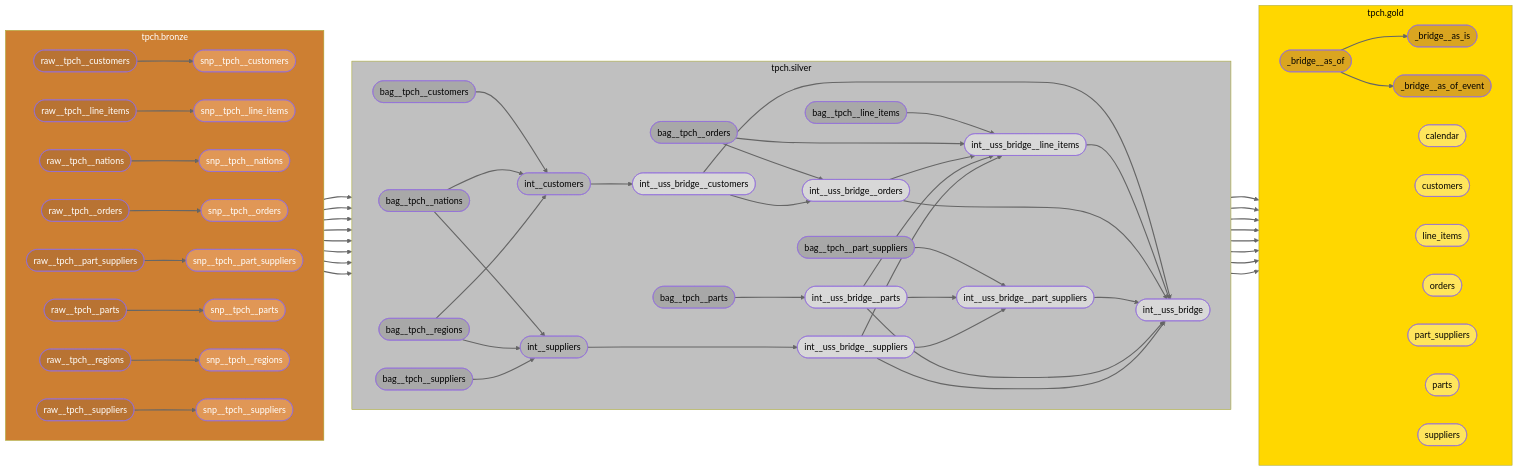
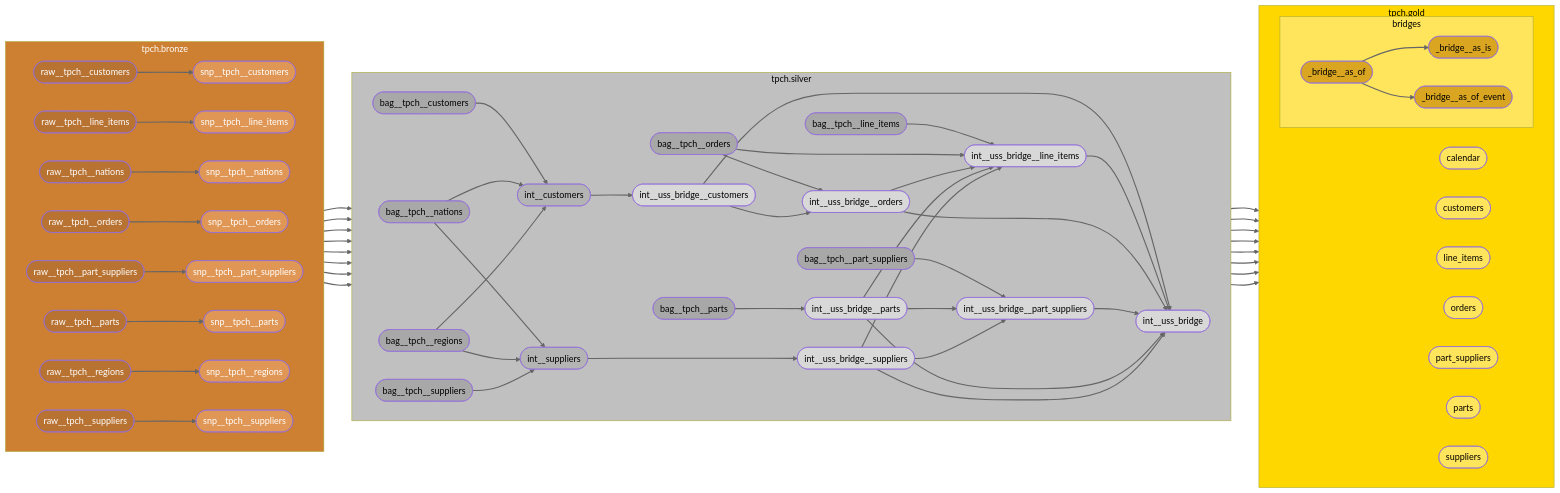
One commit to mattiasthalen/tpch changed the diagram in dag.mmd. Above: the diagram before and after it, drawn with Mermaid. The commit also changed 1 other file, not shown here.

Commit message:
Group gold bridges into subgraph

```diff
--- a/dag.mmd
+++ b/dag.mmd
@@ -1,193 +1,198 @@
 flowchart LR
     subgraph tpch.bronze["tpch.bronze"]
         direction LR
         raw__tpch__customers(["raw__tpch__customers"])
         raw__tpch__line_items(["raw__tpch__line_items"])
         raw__tpch__nations(["raw__tpch__nations"])
         raw__tpch__orders(["raw__tpch__orders"])
         raw__tpch__part_suppliers(["raw__tpch__part_suppliers"])
         raw__tpch__parts(["raw__tpch__parts"])
         raw__tpch__regions(["raw__tpch__regions"])
         raw__tpch__suppliers(["raw__tpch__suppliers"])
         snp__tpch__customers(["snp__tpch__customers"])
         snp__tpch__line_items(["snp__tpch__line_items"])
         snp__tpch__nations(["snp__tpch__nations"])
         snp__tpch__orders(["snp__tpch__orders"])
         snp__tpch__part_suppliers(["snp__tpch__part_suppliers"])
         snp__tpch__parts(["snp__tpch__parts"])
         snp__tpch__regions(["snp__tpch__regions"])
         snp__tpch__suppliers(["snp__tpch__suppliers"])
     end
 
     subgraph tpch.silver["tpch.silver"]
         direction LR
         bag__tpch__customers(["bag__tpch__customers"])
         bag__tpch__line_items(["bag__tpch__line_items"])
         bag__tpch__nations(["bag__tpch__nations"])
         bag__tpch__orders(["bag__tpch__orders"])
         bag__tpch__part_suppliers(["bag__tpch__part_suppliers"])
         bag__tpch__parts(["bag__tpch__parts"])
         bag__tpch__regions(["bag__tpch__regions"])
         bag__tpch__suppliers(["bag__tpch__suppliers"])
         int__customers(["int__customers"])
         int__suppliers(["int__suppliers"])
         int__uss_bridge(["int__uss_bridge"])
         int__uss_bridge__customers(["int__uss_bridge__customers"])
         int__uss_bridge__line_items(["int__uss_bridge__line_items"])
         int__uss_bridge__orders(["int__uss_bridge__orders"])
         int__uss_bridge__part_suppliers(["int__uss_bridge__part_suppliers"])
         int__uss_bridge__parts(["int__uss_bridge__parts"])
         int__uss_bridge__suppliers(["int__uss_bridge__suppliers"])
     end
 
     subgraph tpch.gold["tpch.gold"]
         direction LR
-        _bridge__as_is(["_bridge__as_is"])
-        _bridge__as_of(["_bridge__as_of"])
-        _bridge__as_of_event(["_bridge__as_of_event"])
+        
+        subgraph bridges
+            _bridge__as_is(["_bridge__as_is"])
+            _bridge__as_of(["_bridge__as_of"])
+            _bridge__as_of_event(["_bridge__as_of_event"])
+        end
+        
         calendar(["calendar"])
         customers(["customers"])
         line_items(["line_items"])
         orders(["orders"])
         part_suppliers(["part_suppliers"])
         parts(["parts"])
         suppliers(["suppliers"])
     end
 
     %% tpch.bronze -> tpch.bronze
     raw__tpch__customers --> snp__tpch__customers
     raw__tpch__line_items --> snp__tpch__line_items
     raw__tpch__nations --> snp__tpch__nations
     raw__tpch__orders --> snp__tpch__orders
     raw__tpch__part_suppliers --> snp__tpch__part_suppliers
     raw__tpch__parts --> snp__tpch__parts
     raw__tpch__regions --> snp__tpch__regions
     raw__tpch__suppliers --> snp__tpch__suppliers
 
     %% tpch.bronze -> tpch.silver
     snp__tpch__customers --> bag__tpch__customers
     snp__tpch__line_items --> bag__tpch__line_items
     snp__tpch__nations --> bag__tpch__nations
     snp__tpch__orders --> bag__tpch__orders
     snp__tpch__part_suppliers --> bag__tpch__part_suppliers
     snp__tpch__parts --> bag__tpch__parts
     snp__tpch__regions --> bag__tpch__regions
     snp__tpch__suppliers --> bag__tpch__suppliers
 
     %% tpch.silver -> tpch.silver
     bag__tpch__customers --> int__customers
     bag__tpch__line_items --> int__uss_bridge__line_items
     bag__tpch__nations --> int__customers
     bag__tpch__nations --> int__suppliers
     bag__tpch__orders --> int__uss_bridge__line_items
     bag__tpch__orders --> int__uss_bridge__orders
     bag__tpch__part_suppliers --> int__uss_bridge__part_suppliers
     bag__tpch__parts --> int__uss_bridge__parts
     bag__tpch__regions --> int__customers
     bag__tpch__regions --> int__suppliers
     bag__tpch__suppliers --> int__suppliers
     int__customers --> int__uss_bridge__customers
     int__suppliers --> int__uss_bridge__suppliers
     int__uss_bridge__customers --> int__uss_bridge
     int__uss_bridge__customers --> int__uss_bridge__orders
     int__uss_bridge__line_items --> int__uss_bridge
     int__uss_bridge__orders --> int__uss_bridge
     int__uss_bridge__orders --> int__uss_bridge__line_items
     int__uss_bridge__part_suppliers --> int__uss_bridge
     int__uss_bridge__parts --> int__uss_bridge
     int__uss_bridge__parts --> int__uss_bridge__line_items
     int__uss_bridge__parts --> int__uss_bridge__part_suppliers
     int__uss_bridge__suppliers --> int__uss_bridge
     int__uss_bridge__suppliers --> int__uss_bridge__line_items
     int__uss_bridge__suppliers --> int__uss_bridge__part_suppliers
 
     %% tpch.silver -> tpch.gold
     bag__tpch__line_items --> line_items
     bag__tpch__orders --> orders
     bag__tpch__part_suppliers --> part_suppliers
     bag__tpch__parts --> parts
     int__customers --> customers
     int__suppliers --> suppliers
     int__uss_bridge --> _bridge__as_of
     int__uss_bridge --> calendar
 
     %% tpch.gold -> tpch.gold
     _bridge__as_of --> _bridge__as_is
     _bridge__as_of --> _bridge__as_of_event
     
     linkStyle default stroke:#666,stroke-width:2px
 
     %% Bronze shades
     classDef bronze_classic fill:#CD7F32,color:white
     classDef bronze_dark fill:#B87333,color:white
     classDef bronze_light fill:#E09756,color:white
     classDef bronze_antique fill:#966B47,color:white
     
     %% Silver shades
     classDef silver_classic fill:#C0C0C0,color:black
     classDef silver_dark fill:#A8A8A8,color:black
     classDef silver_light fill:#D8D8D8,color:black
     classDef silver_antique fill:#B4B4B4,color:black
     
     %% Gold shades
     classDef gold_classic fill:#FFD700,color:black
     classDef gold_dark fill:#DAA520,color:black
     classDef gold_light fill:#FFE55C,color:black
     classDef gold_antique fill:#CFB53B,color:black
 
     class tpch.bronze bronze_classic
     class raw__tpch__customers bronze_dark
     class raw__tpch__line_items bronze_dark
     class raw__tpch__nations bronze_dark
     class raw__tpch__orders bronze_dark
     class raw__tpch__part_suppliers bronze_dark
     class raw__tpch__parts bronze_dark
     class raw__tpch__regions bronze_dark
     class raw__tpch__suppliers bronze_dark
     
     class snp__tpch__customers bronze_light
     class snp__tpch__line_items bronze_light
     class snp__tpch__nations bronze_light
     class snp__tpch__orders bronze_light
     class snp__tpch__part_suppliers bronze_light
     class snp__tpch__parts bronze_light
     class snp__tpch__regions bronze_light
     class snp__tpch__suppliers bronze_light
     
     class tpch.silver silver_classic
     class bag__tpch__customers silver_dark
     class bag__tpch__line_items silver_dark
     class bag__tpch__nations silver_dark
     class bag__tpch__orders silver_dark
     class bag__tpch__part_suppliers silver_dark
     class bag__tpch__parts silver_dark
     class bag__tpch__regions silver_dark
     class bag__tpch__suppliers silver_dark
     
     class int__customers silver_antique
     class int__suppliers silver_antique
 
     class int__uss_bridge silver_light
     class int__uss_bridge__customers silver_light
     class int__uss_bridge__line_items silver_light
     class int__uss_bridge__nations silver_light
     class int__uss_bridge__orders silver_light
     class int__uss_bridge__part_suppliers silver_light
     class int__uss_bridge__parts silver_light
     class int__uss_bridge__regions silver_light
     class int__uss_bridge__suppliers silver_light
     
     class tpch.gold gold_classic
+    class bridges gold_light
     class _bridge__as_is gold_dark
     class _bridge__as_of gold_dark
     class _bridge__as_of_event gold_dark
     
     class calendar gold_light
     class customers gold_light
     class line_items gold_light
     class nations gold_light
     class orders gold_light
     class part_suppliers gold_light
     class parts gold_light
     class regions gold_light
     class suppliers gold_light
```
